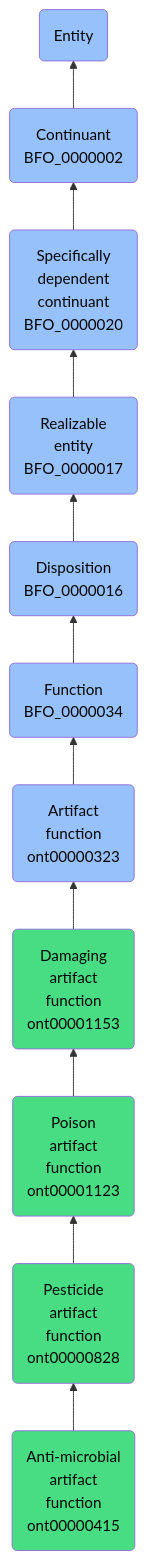
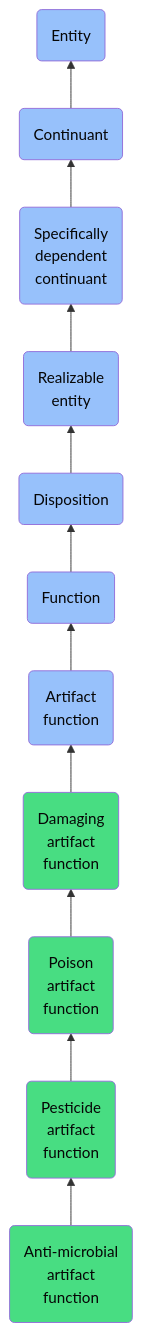
The diagram in docs/ontology/reference/model/Entity/Continuant/Specifically dependent continuant/Realizable entity/Disposition/Function/Artifact function/Damaging artifact function/Poison artifact function/Pesticide artifact function/Anti-microbial artifact function/Anti-microbial artifact function.md (jupyter-naas/abi), drawn with Mermaid before and after one commit. The commit also changed other lines of this file and 1430 other files, not shown here.

````diff
--- a/docs/ontology/reference/model/Entity/Continuant/Specifically dependent continuant/Realizable entity/Disposition/Function/Artifact function/Damaging artifact function/Poison artifact function/Pesticide artifact function/Anti-microbial artifact function/Anti-microbial artifact function.md
+++ b/docs/ontology/reference/model/Entity/Continuant/Specifically dependent continuant/Realizable entity/Disposition/Function/Artifact function/Damaging artifact function/Poison artifact function/Pesticide artifact function/Anti-microbial artifact function/Anti-microbial artifact function.md
@@ -24,18 +24,18 @@
 ```mermaid
 graph BT
-    ont00000415(Anti-microbial<br>artifact<br>function<br>ont00000415):::ABI-->ont00000828
-    ont00000828(Pesticide<br>artifact<br>function<br>ont00000828):::ABI-->ont00001123
-    ont00001123(Poison<br>artifact<br>function<br>ont00001123):::ABI-->ont00001153
-    ont00001153(Damaging<br>artifact<br>function<br>ont00001153):::ABI-->ont00000323
-    ont00000323(Artifact<br>function<br>ont00000323):::BFO-->BFO_0000034
-    BFO_0000034(Function<br>BFO_0000034):::BFO-->BFO_0000016
-    BFO_0000016(Disposition<br>BFO_0000016):::BFO-->BFO_0000017
-    BFO_0000017(Realizable<br>entity<br>BFO_0000017):::BFO-->BFO_0000020
-    BFO_0000020(Specifically<br>dependent<br>continuant<br>BFO_0000020):::BFO-->BFO_0000002
-    BFO_0000002(Continuant<br>BFO_0000002):::BFO-->BFO_0000001
+    ont00000415(Anti-microbial<br>artifact<br>function):::ABI-->ont00000828
+    ont00000828(Pesticide<br>artifact<br>function):::ABI-->ont00001123
+    ont00001123(Poison<br>artifact<br>function):::ABI-->ont00001153
+    ont00001153(Damaging<br>artifact<br>function):::ABI-->ont00000323
+    ont00000323(Artifact<br>function):::BFO-->BFO_0000034
+    BFO_0000034(Function):::BFO-->BFO_0000016
+    BFO_0000016(Disposition):::BFO-->BFO_0000017
+    BFO_0000017(Realizable<br>entity):::BFO-->BFO_0000020
+    BFO_0000020(Specifically<br>dependent<br>continuant):::BFO-->BFO_0000002
+    BFO_0000002(Continuant):::BFO-->BFO_0000001
     BFO_0000001(Entity):::BFO
     
     classDef BFO fill:#97c1fb,color:#060606
     classDef CCO fill:#e4c51e,color:#060606
     classDef ABI fill:#48DD82,color:#060606
 ```
````
